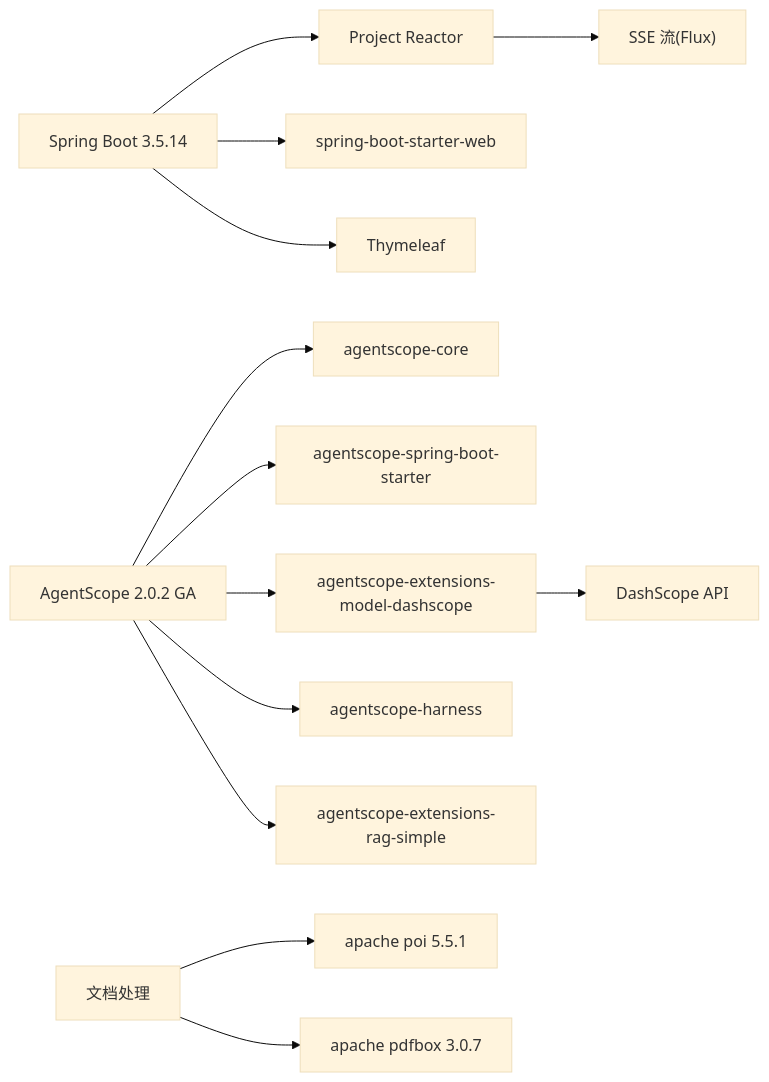
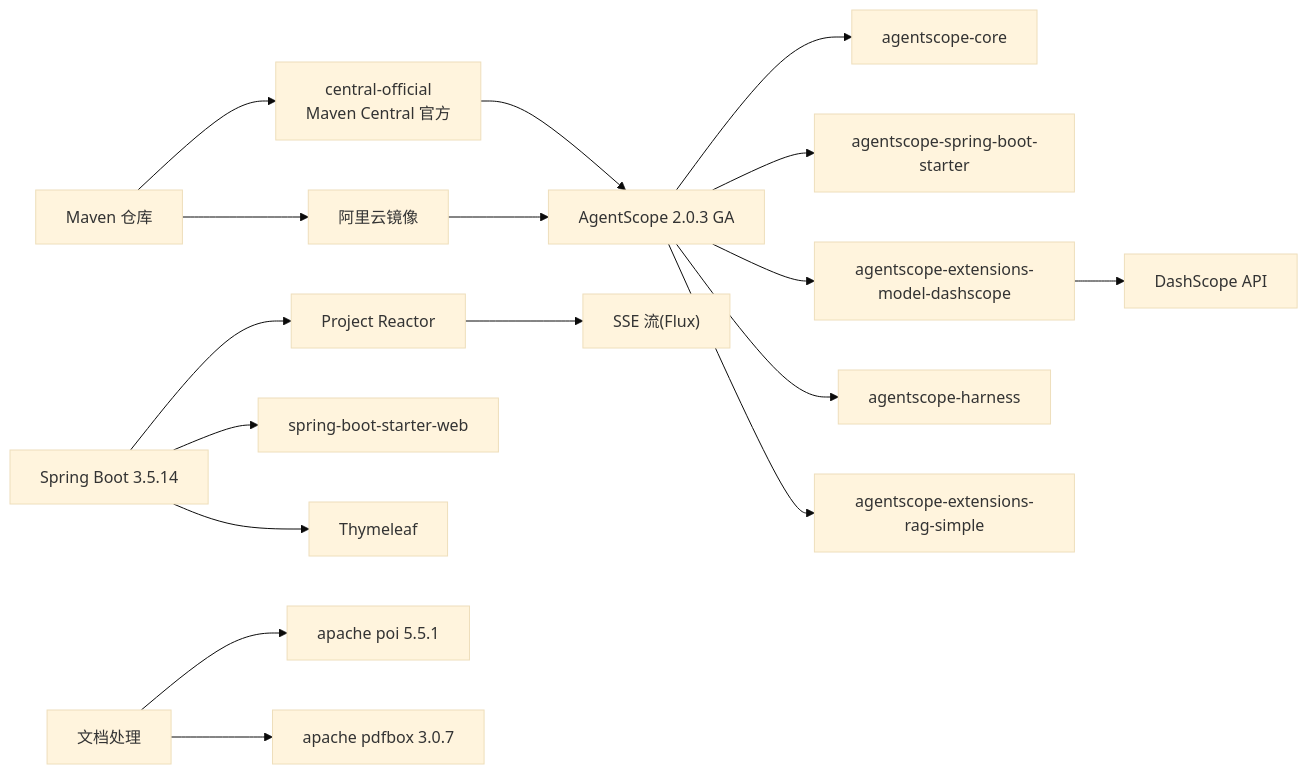
The fourth of 4 diagrams in .qoder/repowiki/zh/content/项目概览/技术栈概览.md (tinyhu/agentscope-demo), drawn with Mermaid (base theme) before and after one commit. The commit also changed other lines of this file and 111 other files, not shown here.

````diff
--- a/.qoder/repowiki/zh/content/项目概览/技术栈概览.md
+++ b/.qoder/repowiki/zh/content/项目概览/技术栈概览.md
@@ -159,15 +167,19 @@
 ```mermaid
 graph LR
-    SB["Spring Boot 3.5.14"] --> RC["Project Reactor"]
-    SB --> WEB["spring-boot-starter-web"]
-    SB --> THY["Thymeleaf"]
-    AG["AgentScope 2.0.2 GA"] --> CORE["agentscope-core"]
-    AG --> SPR["agentscope-spring-boot-starter"]
-    AG --> DS["agentscope-extensions-model-dashscope"]
-    AG --> HARNESS["agentscope-harness"]
-    AG --> RAG["agentscope-extensions-rag-simple"]
-    DOCS["文档处理"] --> POI["apache poi 5.5.1"]
-    DOCS --> PD["apache pdfbox 3.0.7"]
-    DS --> LLM["DashScope API"]
-    RC --> SSE["SSE 流(Flux)"]
+SB["Spring Boot 3.5.14"] --> RC["Project Reactor"]
+SB --> WEB["spring-boot-starter-web"]
+SB --> THY["Thymeleaf"]
+AG["AgentScope 2.0.3 GA"] --> CORE["agentscope-core"]
+AG --> SPR["agentscope-spring-boot-starter"]
+AG --> DS["agentscope-extensions-model-dashscope"]
+AG --> HARNESS["agentscope-harness"]
+AG --> RAG["agentscope-extensions-rag-simple"]
+DOCS["文档处理"] --> POI["apache poi 5.5.1"]
+DOCS --> PD["apache pdfbox 3.0.7"]
+DS --> LLM["DashScope API"]
+RC --> SSE["SSE 流(Flux)"]
+MVN["Maven 仓库"] --> CENTRAL["central-official<br/>Maven Central 官方"]
+MVN --> ALIYUN["阿里云镜像"]
+CENTRAL --> AG
+ALIYUN --> AG
 ```
````
